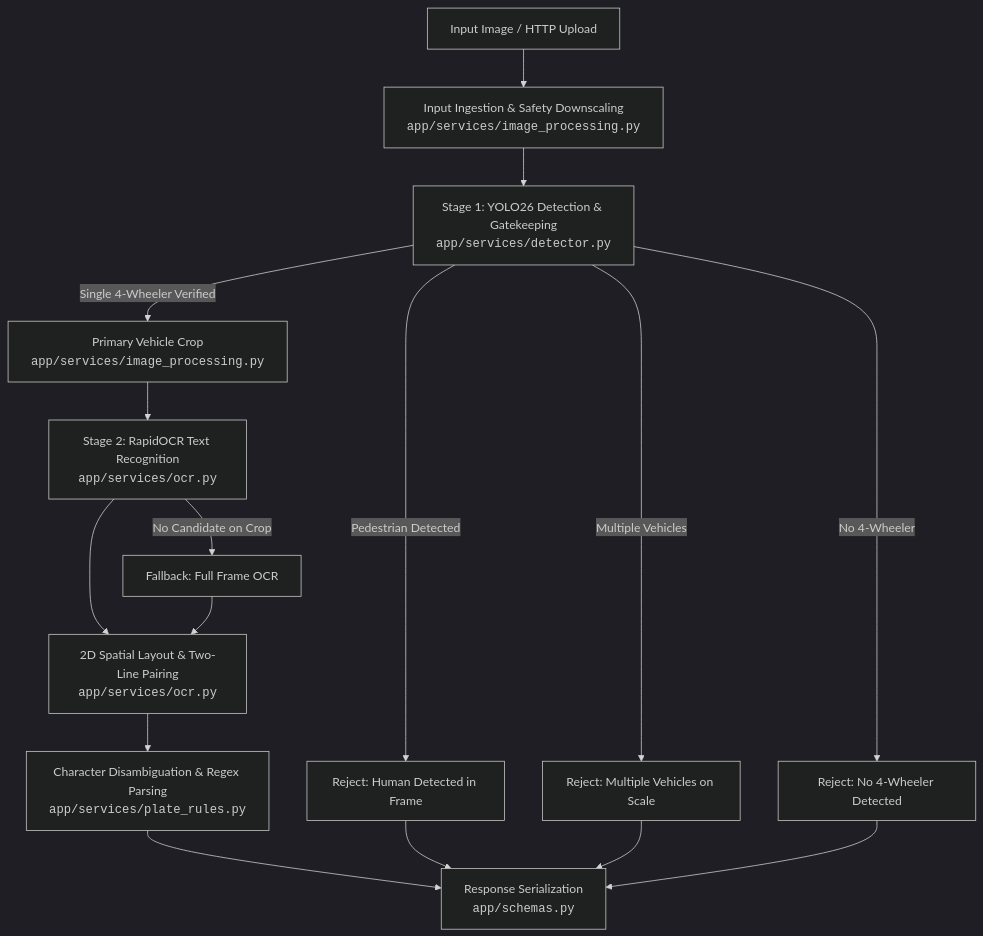
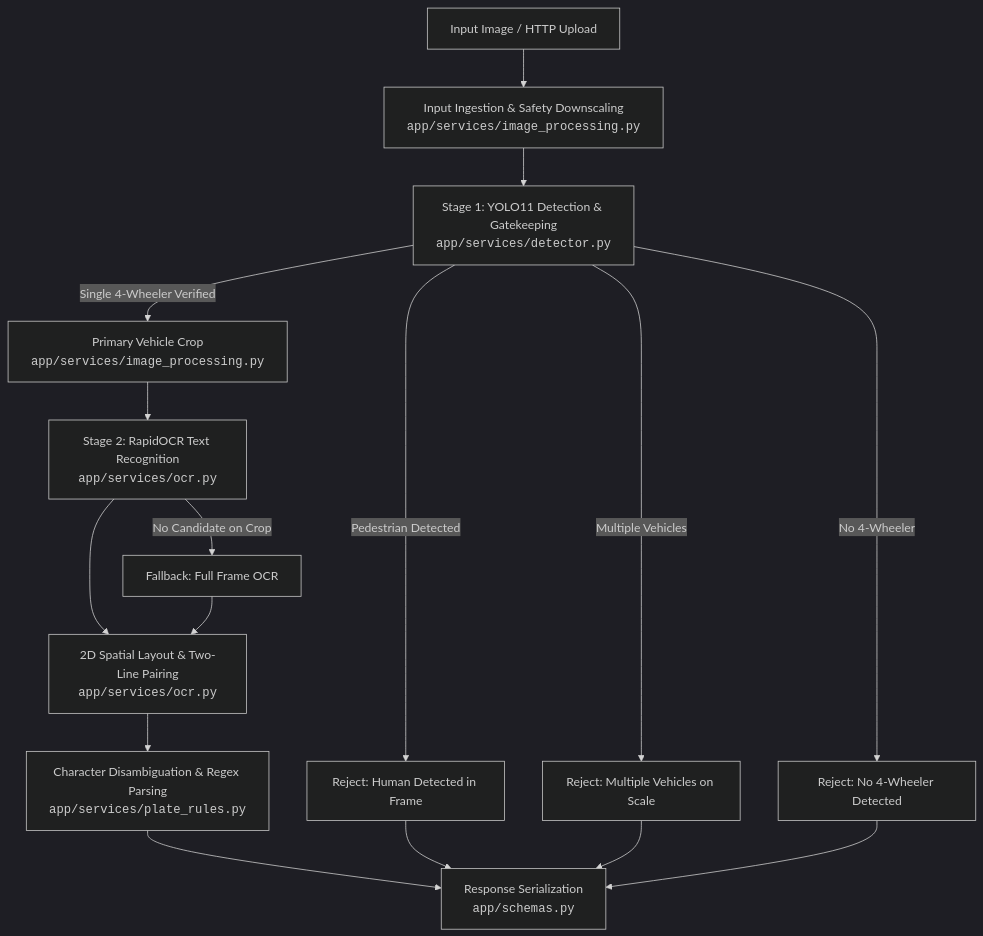
Before and after one commit to dheereshag/argus: the diagram in docs/ARCHITECTURE.md, drawn with Mermaid (dark theme). The commit also changed other lines of this file and 15 other files, not shown here.

Commit message:
refactor: migrate object detection model from YOLO26 to YOLO11

````diff
--- a/docs/ARCHITECTURE.md
+++ b/docs/ARCHITECTURE.md
@@ -23,23 +23,23 @@
 ```mermaid
 flowchart TD
     A[Input Image / HTTP Upload] --> B[Input Ingestion & Safety Downscaling<br/><code>app/services/image_processing.py</code>]
-    B --> C[Stage 1: YOLO26 Detection & Gatekeeping<br/><code>app/services/detector.py</code>]
+    B --> C[Stage 1: YOLO11 Detection & Gatekeeping<br/><code>app/services/detector.py</code>]
     
     C -- Pedestrian Detected --> R1[Reject: Human Detected in Frame]
     C -- Multiple Vehicles --> R2[Reject: Multiple Vehicles on Scale]
     C -- No 4-Wheeler --> R3[Reject: No 4-Wheeler Detected]
     
     C -- Single 4-Wheeler Verified --> D[Primary Vehicle Crop<br/><code>app/services/image_processing.py</code>]
     
     D --> E[Stage 2: RapidOCR Text Recognition<br/><code>app/services/ocr.py</code>]
     E -- No Candidate on Crop --> E2[Fallback: Full Frame OCR]
     E --> F[2D Spatial Layout & Two-Line Pairing<br/><code>app/services/ocr.py</code>]
     E2 --> F
     
     F --> G[Character Disambiguation & Regex Parsing<br/><code>app/services/plate_rules.py</code>]
     G --> H[Response Serialization<br/><code>app/schemas.py</code>]
     
     R1 --> H
     R2 --> H
     R3 --> H
 ```
````
